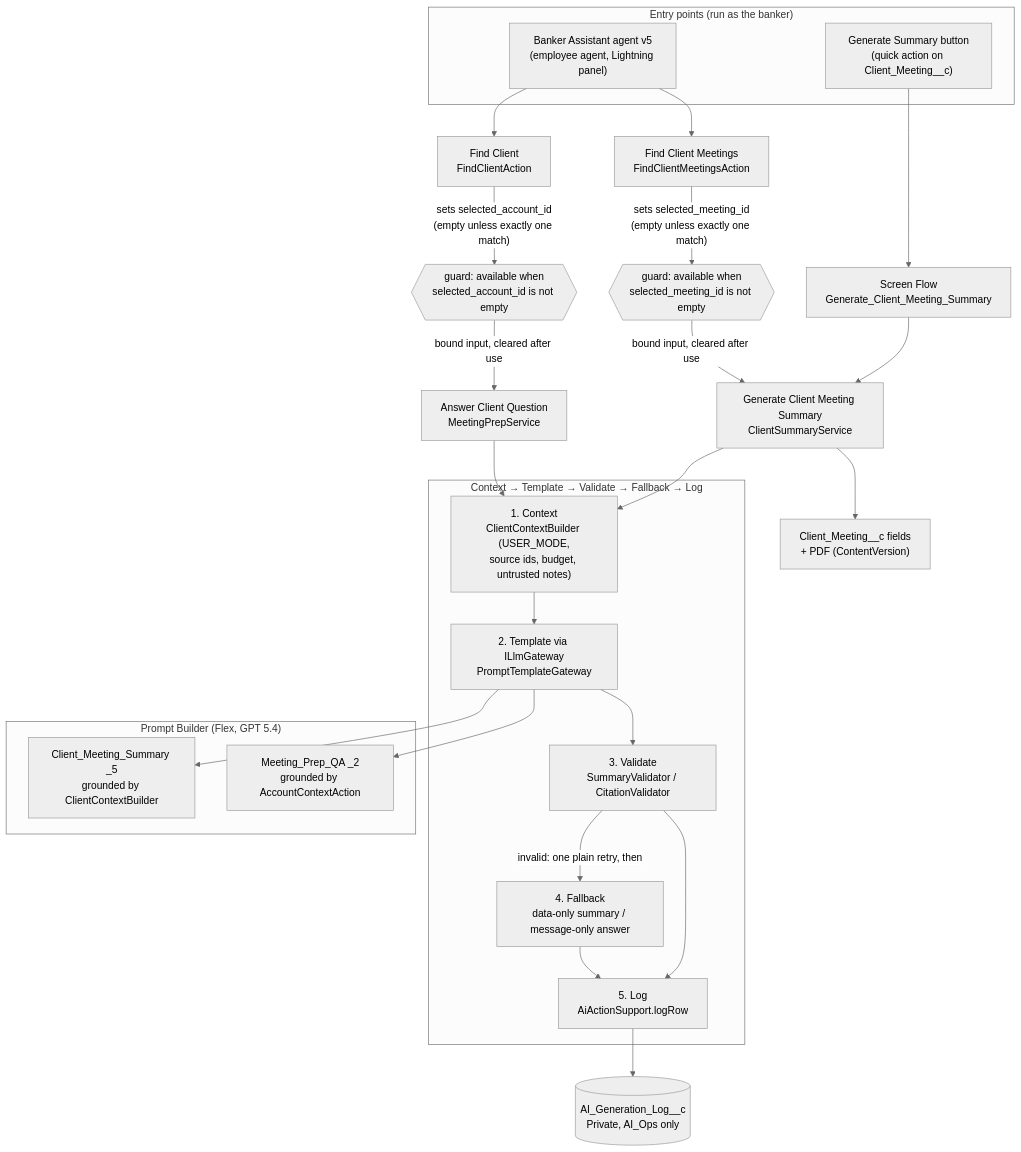
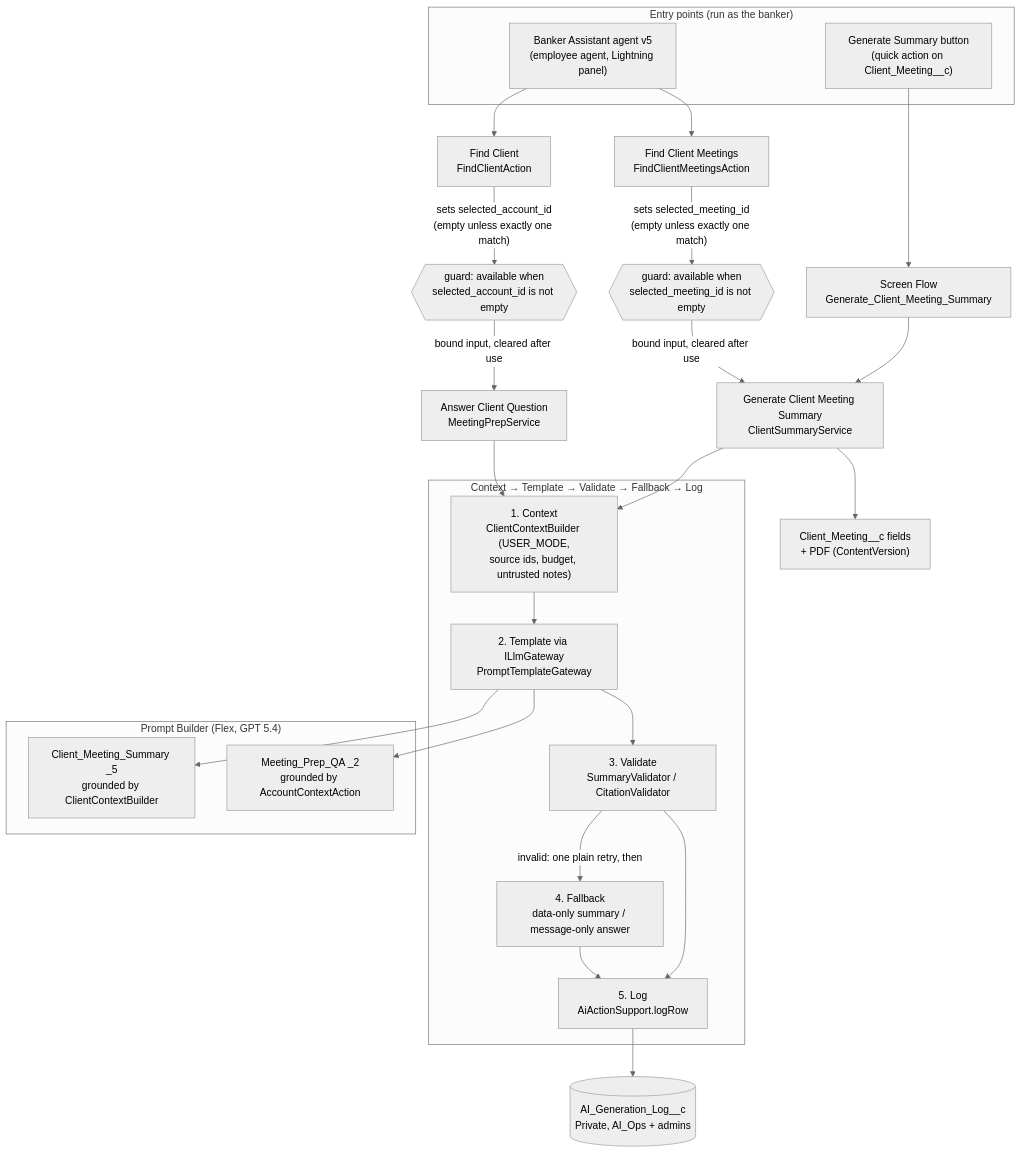
The diagram in README.md (monibrahman/agentforce-banking-reference), drawn with Mermaid (neutral theme) before and after one commit. The commit also changed 6 other files, not shown here.

First line of the commit message:
FS review: revision text, two known limitations (conflict check scope, Q&A context limits), log read access is AI_Ops + admins

````diff
--- a/README.md
+++ b/README.md
@@ -24,42 +24,42 @@
 ```mermaid
 flowchart TB
     subgraph Entry["Entry points (run as the banker)"]
         BTN["Generate Summary button<br/>(quick action on Client_Meeting__c)"]
         AGENT["Banker Assistant agent v5<br/>(employee agent, Lightning panel)"]
     end
 
     BTN --> FLOW["Screen Flow<br/>Generate_Client_Meeting_Summary"]
     FLOW --> CSS
 
     AGENT --> FCM["Find Client Meetings<br/>FindClientMeetingsAction"]
     AGENT --> FC["Find Client<br/>FindClientAction"]
     FCM -->|"sets selected_meeting_id<br/>(empty unless exactly one match)"| GM{{"guard: available when<br/>selected_meeting_id is not empty"}}
     FC -->|"sets selected_account_id<br/>(empty unless exactly one match)"| GA{{"guard: available when<br/>selected_account_id is not empty"}}
     GM -->|"bound input, cleared after use"| CSS["Generate Client Meeting Summary<br/>ClientSummaryService"]
     GA -->|"bound input, cleared after use"| MPS["Answer Client Question<br/>MeetingPrepService"]
 
     subgraph Pattern["Context → Template → Validate → Fallback → Log"]
         CTX["1. Context<br/>ClientContextBuilder (USER_MODE,<br/>source ids, budget, untrusted notes)"]
         TPL["2. Template via ILlmGateway<br/>PromptTemplateGateway"]
         VAL["3. Validate<br/>SummaryValidator / CitationValidator"]
         FB["4. Fallback<br/>data-only summary / message-only answer"]
         LOG["5. Log<br/>AiActionSupport.logRow"]
         CTX --> TPL --> VAL
         VAL -->|"invalid: one plain retry, then"| FB
         VAL --> LOG
         FB --> LOG
     end
 
     CSS --> CTX
     MPS --> CTX
 
     subgraph PB["Prompt Builder (Flex, GPT 5.4)"]
         T1["Client_Meeting_Summary _5<br/>grounded by ClientContextBuilder"]
         T2["Meeting_Prep_QA _2<br/>grounded by AccountContextAction"]
     end
     TPL --> T1
     TPL --> T2
 
     CSS --> REC["Client_Meeting__c fields<br/>+ PDF (ContentVersion)"]
-    LOG --> LOGOBJ[("AI_Generation_Log__c<br/>Private, AI_Ops only")]
+    LOG --> LOGOBJ[("AI_Generation_Log__c<br/>Private, AI_Ops + admins")]
 ```
````
